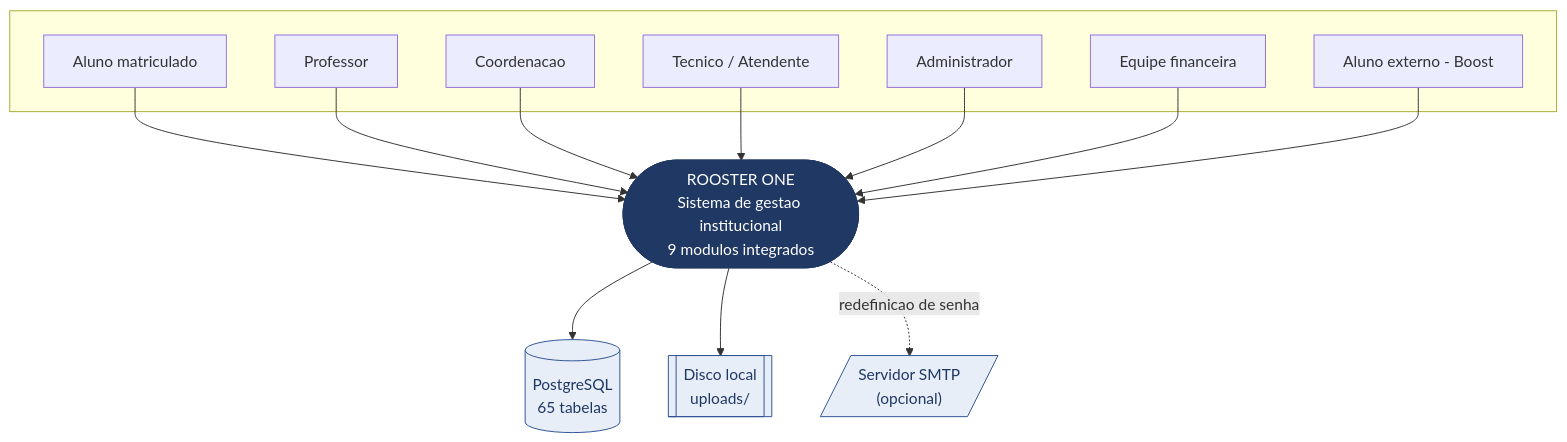
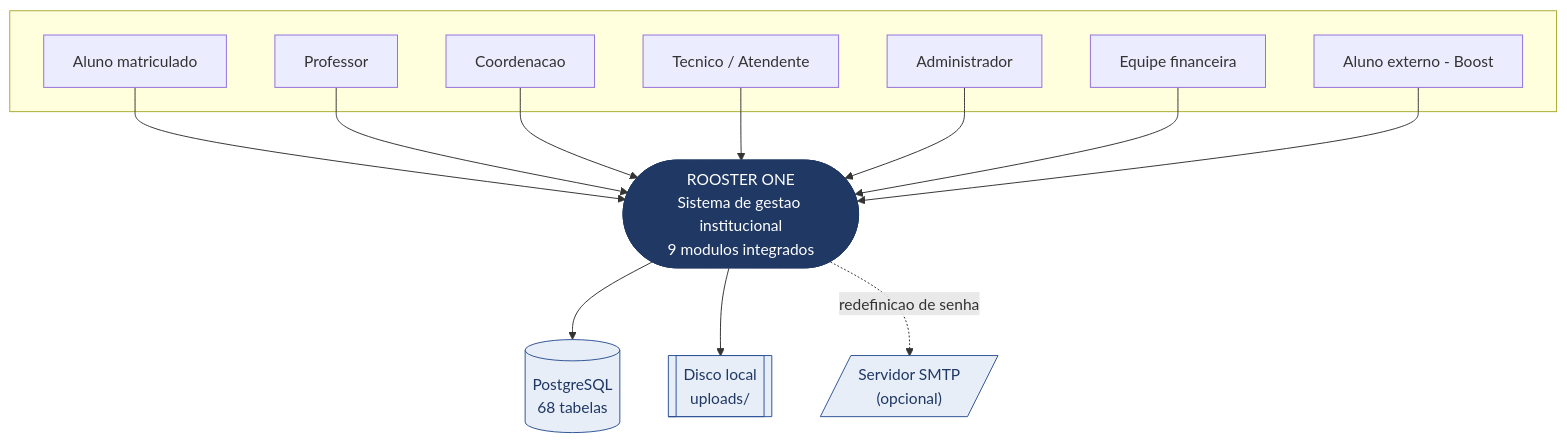
The diagram in docs/diagramas/src/contexto.mmd (bebberjoao/RoosterOneBackend), drawn with Mermaid before and after one commit. The commit also changed 30 other files, not shown here.

```diff
--- a/docs/diagramas/src/contexto.mmd
+++ b/docs/diagramas/src/contexto.mmd
@@ -1,33 +1,33 @@
 graph TB
   subgraph Externo[" "]
     AI[Aluno matriculado]
     PR[Professor]
     CO[Coordenacao]
     TE[Tecnico / Atendente]
     AD[Administrador]
     FI[Equipe financeira]
     EX[Aluno externo - Boost]
   end
 
   RO(["ROOSTER ONE<br/>Sistema de gestao institucional<br/>9 modulos integrados"])
 
-  PG[("PostgreSQL<br/>65 tabelas")]
+  PG[("PostgreSQL<br/>68 tabelas")]
   FS[["Disco local<br/>uploads/"]]
   SMTP[/"Servidor SMTP<br/>(opcional)"/]
 
   AI --> RO
   PR --> RO
   CO --> RO
   TE --> RO
   AD --> RO
   FI --> RO
   EX --> RO
 
   RO --> PG
   RO --> FS
   RO -.->|redefinicao de senha| SMTP
 
   classDef sistema fill:#1F3864,stroke:#1F3864,color:#fff
   classDef dados fill:#E8EEF7,stroke:#2E5395,color:#1F3864
   class RO sistema
   class PG,FS,SMTP dados
```
